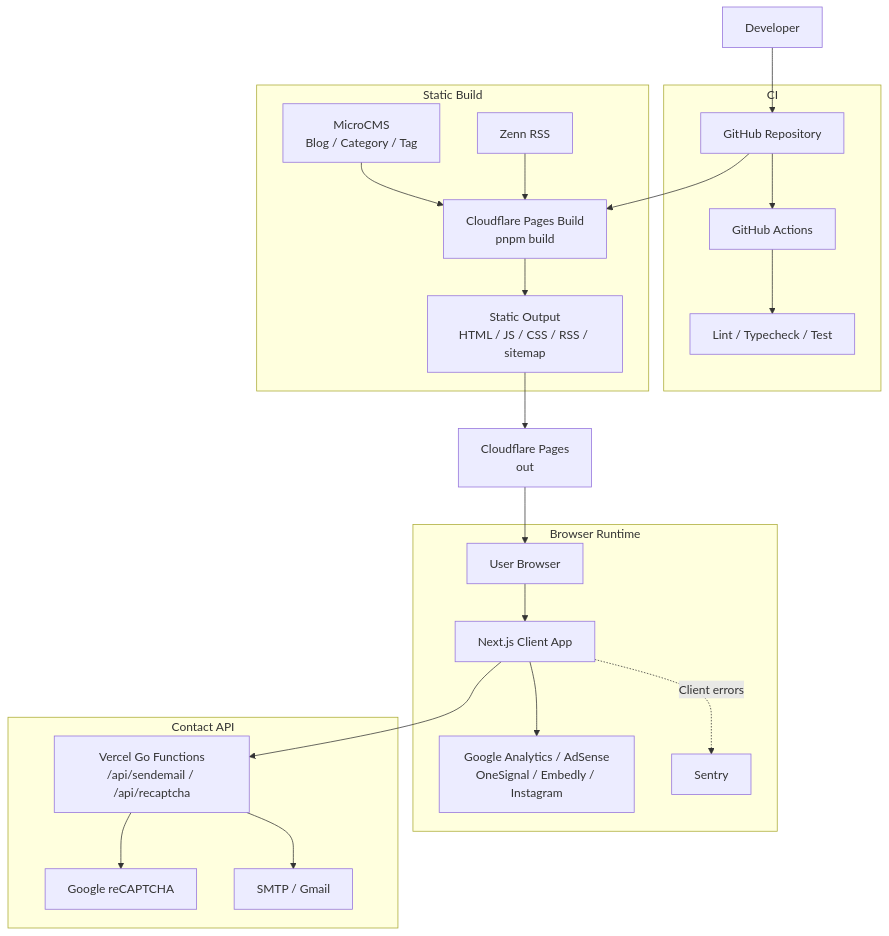
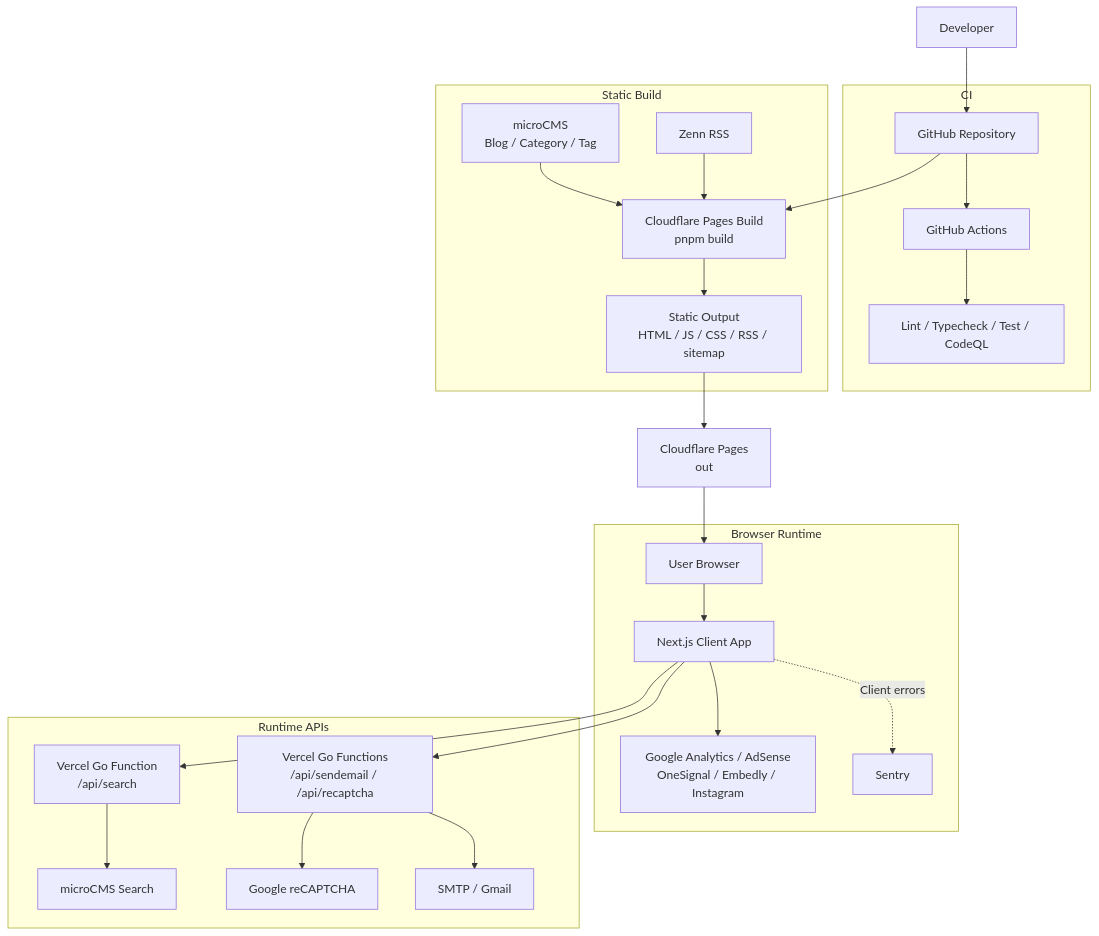
Before and after one commit to Arata1202/NextBlogApp: the diagram in README.md, drawn with Mermaid. The commit also changed other lines of this file and 1 other file, not shown here.

````diff
--- a/README.md
+++ b/README.md
@@ -78,31 +78,33 @@
 ```mermaid
 flowchart TB
   developer[Developer] --> github[GitHub Repository]
 
   subgraph ci[CI]
     github --> actions[GitHub Actions]
-    actions --> quality[Lint / Typecheck / Test]
+    actions --> quality[Lint / Typecheck / Test / CodeQL]
   end
 
   subgraph build[Static Build]
     github --> pagesBuild[Cloudflare Pages Build<br/>pnpm build]
-    microcms[MicroCMS<br/>Blog / Category / Tag] --> pagesBuild
+    microcms[microCMS<br/>Blog / Category / Tag] --> pagesBuild
     zenn[Zenn RSS] --> pagesBuild
     pagesBuild --> generated[Static Output<br/>HTML / JS / CSS / RSS / sitemap]
   end
 
   generated --> pages[Cloudflare Pages<br/>out]
   pages --> browser[User Browser]
 
   subgraph runtime[Browser Runtime]
     browser --> app[Next.js Client App]
     app --> thirdParty[Google Analytics / AdSense<br/>OneSignal / Embedly / Instagram]
     app -. Client errors .-> sentry[Sentry]
   end
 
-  subgraph contact[Contact API]
-    app --> goApi[Vercel Go Functions<br/>/api/sendemail / /api/recaptcha]
-    goApi --> recaptcha[Google reCAPTCHA]
-    goApi --> smtp[SMTP / Gmail]
+  subgraph runtimeApi[Runtime APIs]
+    app --> searchApi[Vercel Go Function<br/>/api/search]
+    searchApi --> microcmsSearch[microCMS Search]
+    app --> contactApi[Vercel Go Functions<br/>/api/sendemail / /api/recaptcha]
+    contactApi --> recaptcha[Google reCAPTCHA]
+    contactApi --> smtp[SMTP / Gmail]
   end
 ```
````
